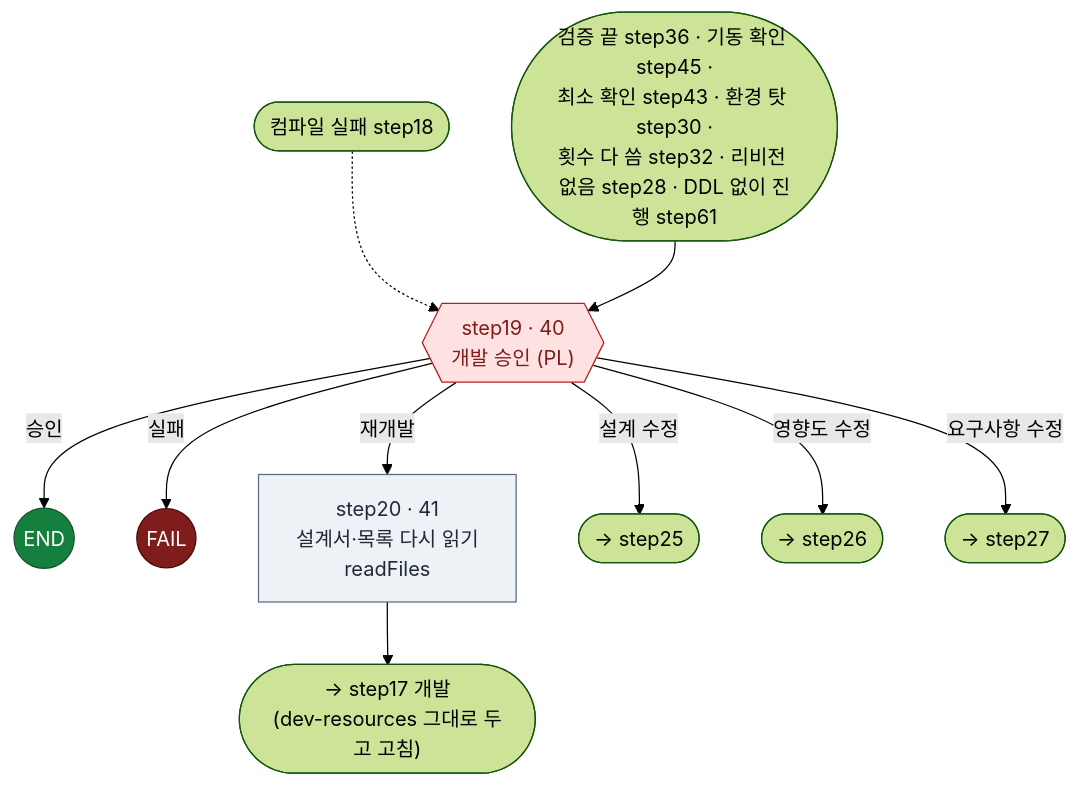
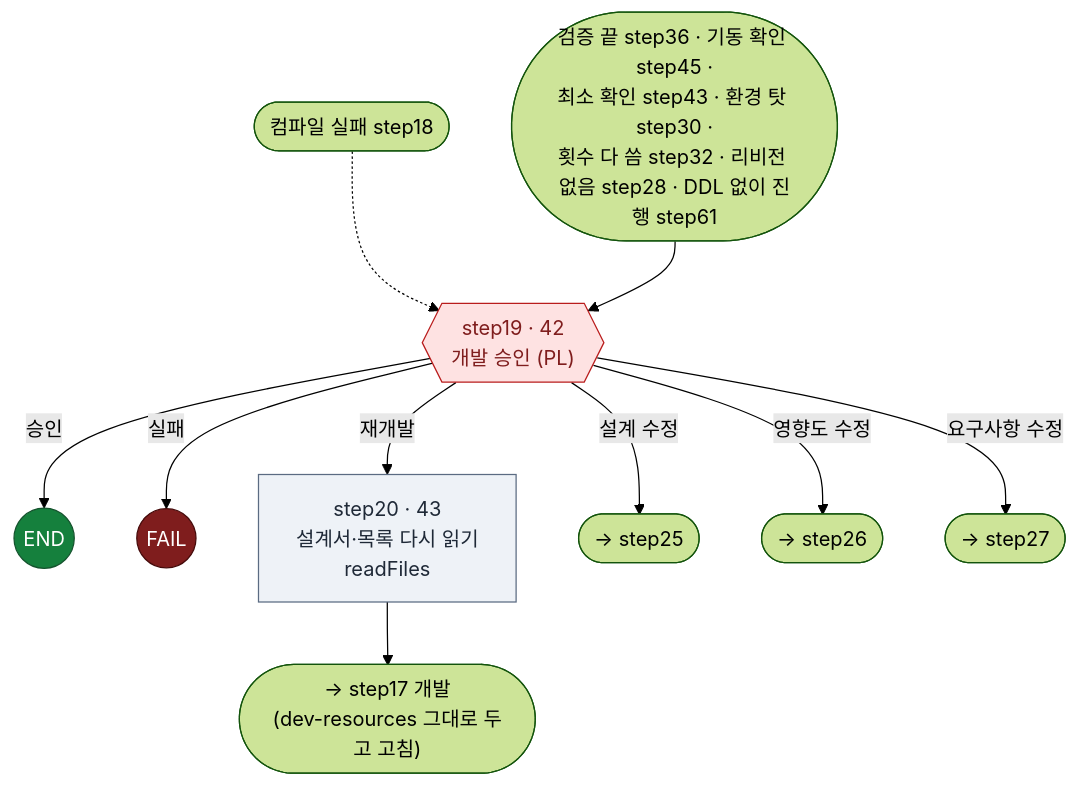
Diagram 17 of 24 in docs/09.dstone-ai-engine-sm-workflow.md (YongSoekChoeng/dstone), drawn with Mermaid (forest theme) before and after one commit. The commit also changed other lines of this file and 9 other files, not shown here.

````diff
--- a/docs/09.dstone-ai-engine-sm-workflow.md
+++ b/docs/09.dstone-ai-engine-sm-workflow.md
@@ -1301,19 +1328,19 @@
 ```mermaid
 flowchart TD
     IN1(["컴파일 실패 step18"]) -.-> step19
     IN2(["검증 끝 step36 · 기동 확인 step45 ·<br/>최소 확인 step43 · 환경 탓 step30 ·<br/>횟수 다 씀 step32 · 리비전 없음 step28 · DDL 없이 진행 step61"]) --> step19
-    step19{{"step19 · 40<br/>개발 승인 (PL)"}}:::appr
+    step19{{"step19 · 42<br/>개발 승인 (PL)"}}:::appr
     step19 -->|승인| END((END)):::fin
     step19 -->|실패| FAIL((FAIL)):::bad
-    step19 -->|재개발| step20["step20 · 41<br/>설계서·목록 다시 읽기<br/>readFiles"]:::tool
+    step19 -->|재개발| step20["step20 · 43<br/>설계서·목록 다시 읽기<br/>readFiles"]:::tool
     step20 --> step17(["→ step17 개발<br/>(dev-resources 그대로 두고 고침)"])
     step19 -->|설계 수정| S25(["→ step25"])
     step19 -->|영향도 수정| S26(["→ step26"])
     step19 -->|요구사항 수정| S27(["→ step27"])
 
     classDef tool fill:#eef2f7,stroke:#5b6b82,color:#1f2937
     classDef agent fill:#dcfce7,stroke:#15803d,color:#14532d
     classDef appr fill:#fee2e2,stroke:#b91c1c,color:#7f1d1d
     classDef fin fill:#15803d,stroke:#14532d,color:#ffffff
     classDef bad fill:#7f1d1d,stroke:#450a0a,color:#ffffff
 ```
````
